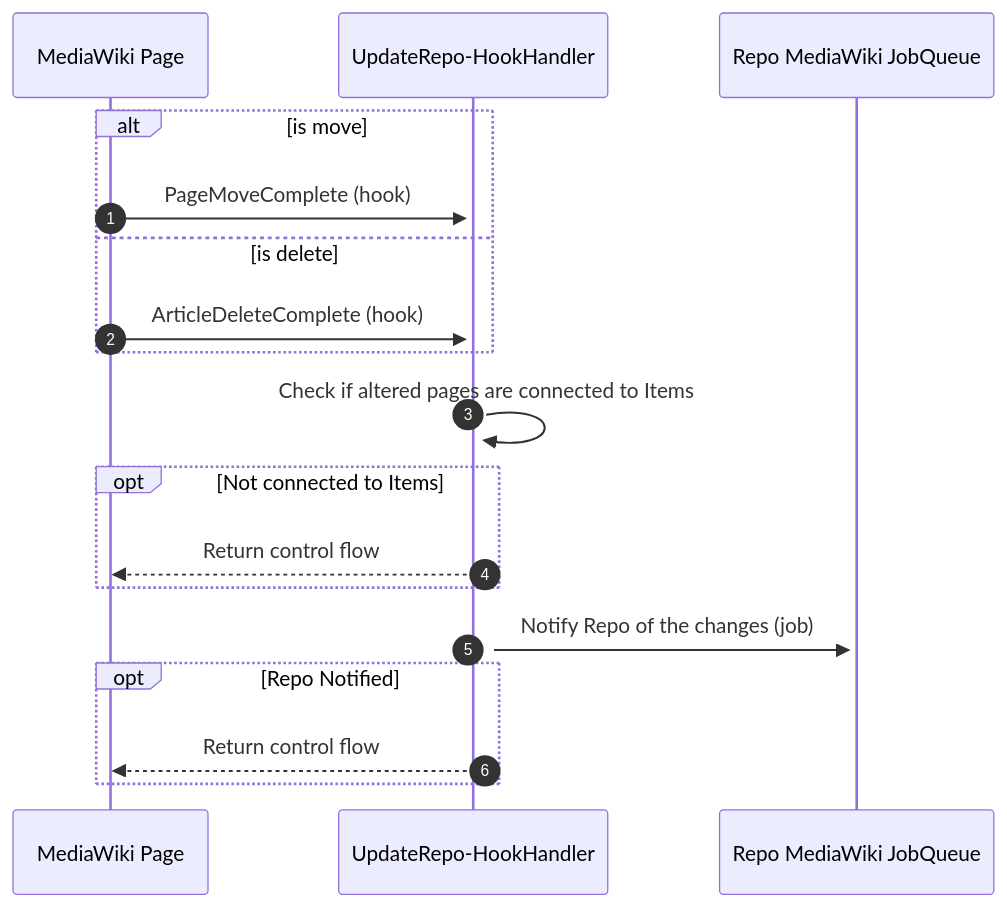
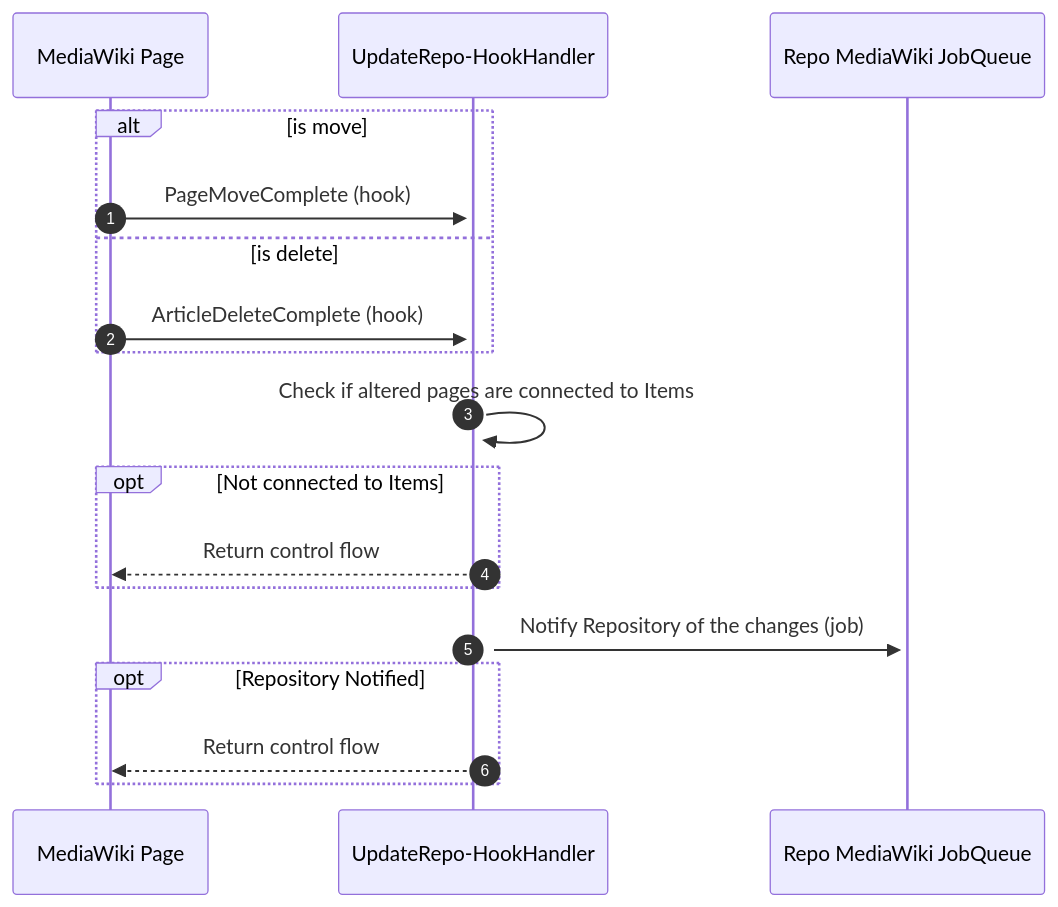
Before and after one commit to wmde/wikidata-wikibase-architecture: the first of 7 diagrams in systems/WikibaseClient/06-Runtime_View.md, drawn with Mermaid. The commit also changed other lines of this file and 16 other files, not shown here.

Commit message:
General cleanup, especially around Repo / Repository

````diff
--- a/systems/WikibaseClient/06-Runtime_View.md
+++ b/systems/WikibaseClient/06-Runtime_View.md
@@ -7,17 +7,17 @@
 ```mermaid
 sequenceDiagram
     autonumber
     alt is move
         MediaWiki Page->>+UpdateRepo-HookHandler: PageMoveComplete (hook)
     else is delete
         MediaWiki Page->>+UpdateRepo-HookHandler: ArticleDeleteComplete (hook)
     end
     UpdateRepo-HookHandler->>UpdateRepo-HookHandler: Check if altered pages are connected to Items
     opt Not connected to Items
         UpdateRepo-HookHandler-->>MediaWiki Page: Return control flow
     end
-    UpdateRepo-HookHandler->>+Repo MediaWiki JobQueue: Notify Repo of the changes (job)
-    opt Repo Notified
+    UpdateRepo-HookHandler->>+Repo MediaWiki JobQueue: Notify Repository of the changes (job)
+    opt Repository Notified
         UpdateRepo-HookHandler-->>MediaWiki Page: Return control flow
     end
 ```
````
